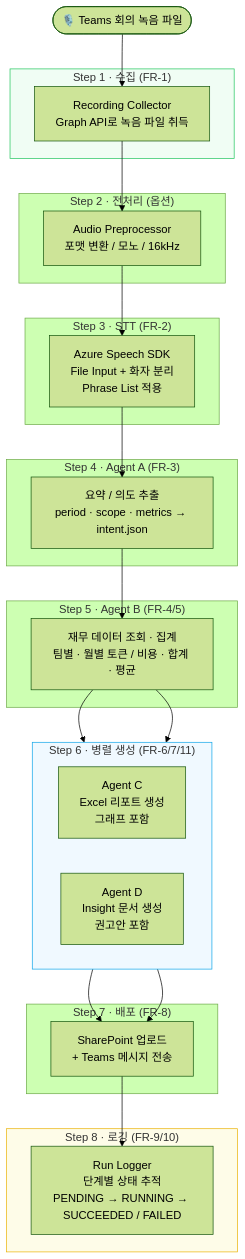
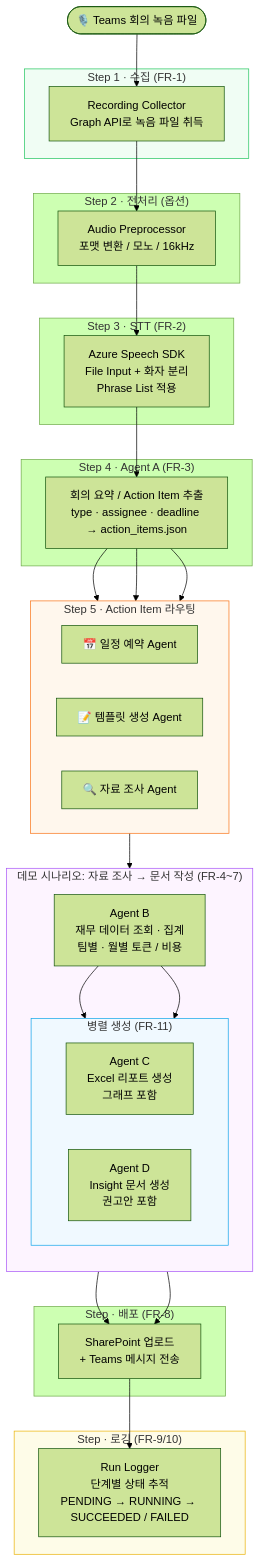
One commit to joonavel/elite-secretary changed the first of 2 diagrams in README.md. Above: the diagram before and after it, drawn with Mermaid (forest theme). The commit also changed other lines of this file and 1 other file, not shown here.

````diff
--- a/README.md
+++ b/README.md
@@ -92,46 +109,57 @@
 ```mermaid
 flowchart TD
     A([🎙️ Teams 회의 녹음 파일]) --> B
 
     subgraph COLLECT ["Step 1 · 수집 (FR-1)"]
         B[Recording Collector\nGraph API로 녹음 파일 취득]
     end
 
     subgraph PREPROCESS ["Step 2 · 전처리 (옵션)"]
         C[Audio Preprocessor\n포맷 변환 / 모노 / 16kHz]
     end
 
     subgraph STT ["Step 3 · STT (FR-2)"]
         D[Azure Speech SDK\nFile Input + 화자 분리\nPhrase List 적용]
     end
 
     subgraph AGENT_A ["Step 4 · Agent A (FR-3)"]
-        E[요약 / 의도 추출\nperiod · scope · metrics → intent.json]
+        E[회의 요약 / Action Item 추출\ntype · assignee · deadline → action_items.json]
     end
 
-    subgraph AGENT_B ["Step 5 · Agent B (FR-4/5)"]
-        F[재무 데이터 조회 · 집계\n팀별 · 월별 토큰 / 비용 · 합계 · 평균]
+    subgraph ROUTING ["Step 5 · Action Item 라우팅"]
+        direction LR
+        R1[📅 일정 예약 Agent]
+        R2[📝 템플릿 생성 Agent]
+        R3[🔍 자료 조사 Agent]
     end
 
-    subgraph PARALLEL ["Step 6 · 병렬 생성 (FR-6/7/11)"]
-        direction LR
-        G[Agent C\nExcel 리포트 생성\n그래프 포함]
-        H[Agent D\nInsight 문서 생성\n권고안 포함]
+    subgraph DEMO ["데모 시나리오: 자료 조사 → 문서 작성 (FR-4~7)"]
+        direction TB
+        F[Agent B\n재무 데이터 조회 · 집계\n팀별 · 월별 토큰 / 비용]
+        subgraph PARALLEL ["병렬 생성 (FR-11)"]
+            direction LR
+            G[Agent C\nExcel 리포트 생성\n그래프 포함]
+            H[Agent D\nInsight 문서 생성\n권고안 포함]
+        end
+        F --> G & H
     end
 
-    subgraph PUBLISH ["Step 7 · 배포 (FR-8)"]
+    subgraph PUBLISH ["Step · 배포 (FR-8)"]
         I[SharePoint 업로드\n+ Teams 메시지 전송]
     end
 
-    subgraph LOG ["Step 8 · 로깅 (FR-9/10)"]
+    subgraph LOG ["Step · 로깅 (FR-9/10)"]
         J[Run Logger\n단계별 상태 추적\nPENDING → RUNNING → SUCCEEDED / FAILED]
     end
 
-    B --> C --> D --> E --> F
-    F --> G & H
+    B --> C --> D --> E
+    E --> R1 & R2 & R3
+    R3 --> F
     G & H --> I --> J
 
     style PARALLEL fill:#f0f9ff,stroke:#0ea5e9
+    style DEMO fill:#fdf4ff,stroke:#a855f7
     style COLLECT fill:#f0fdf4,stroke:#22c55e
     style LOG fill:#fefce8,stroke:#eab308
+    style ROUTING fill:#fff7ed,stroke:#f97316
 ```
````
